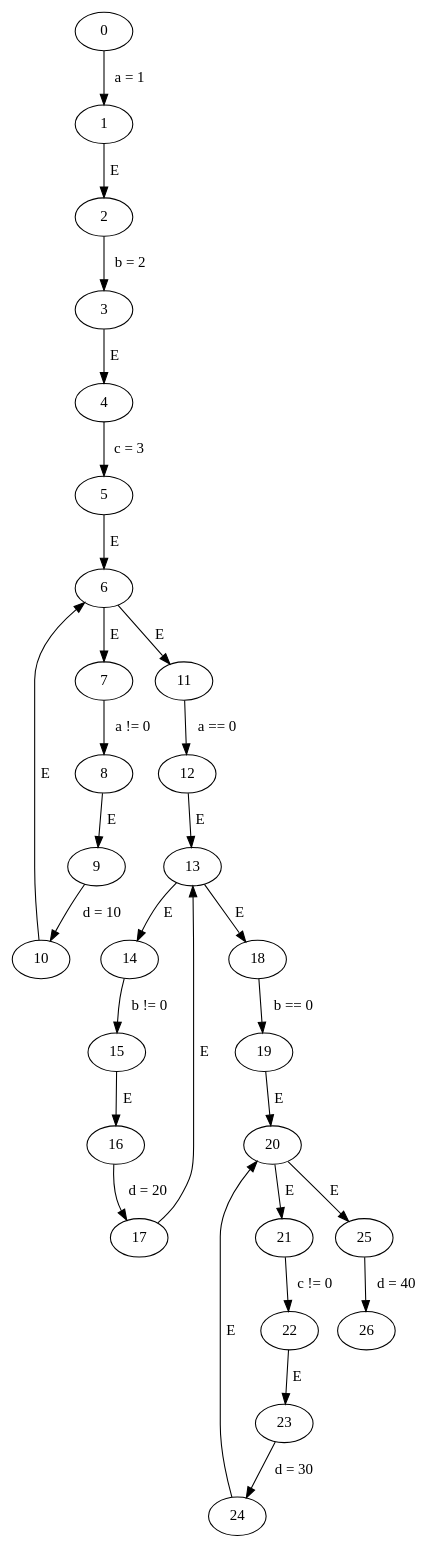
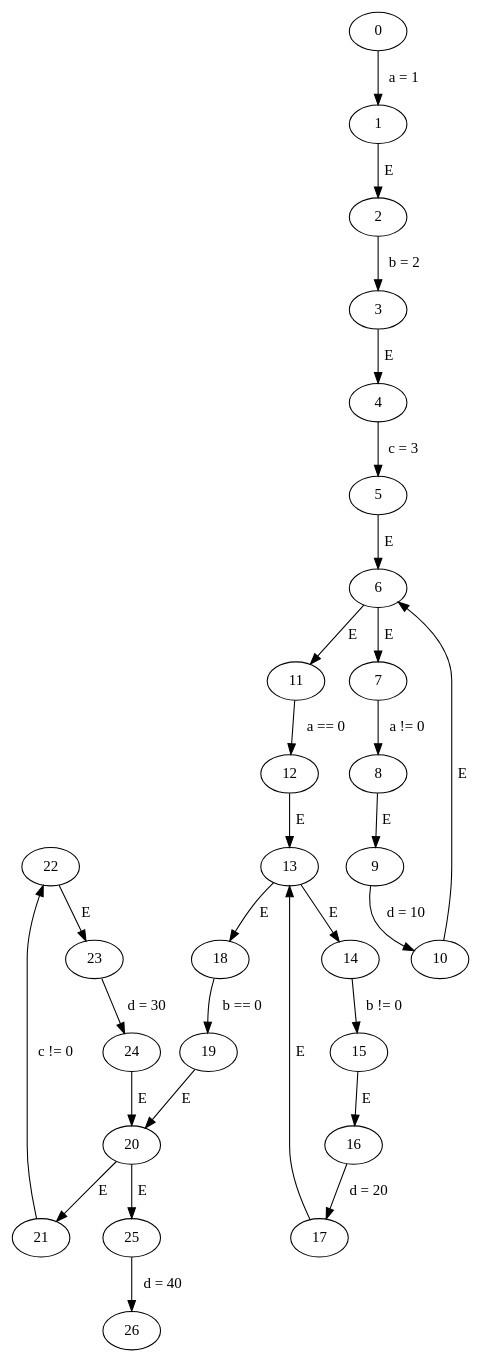
The diagram in code/cfgs/seqwhile/seqwhile.gv (Harman309/project6), drawn with Graphviz before and after one commit. The commit also changed other lines of this file and 35 other files, not shown here.

```diff
--- a/code/cfgs/seqwhile/seqwhile.gv
+++ b/code/cfgs/seqwhile/seqwhile.gv
@@ -1,32 +1,32 @@
 // seqwhile
 digraph {
-	20 -> 21 [label=" E "]
-	7 -> 8 [label=" a != 0 "]
-	3 -> 4 [label=" E "]
-	14 -> 15 [label=" b != 0 "]
-	1 -> 2 [label=" E "]
-	6 -> 7 [label=" E "]
-	23 -> 24 [label=" d = 30 "]
-	12 -> 13 [label=" E "]
-	13 -> 18 [label=" E "]
-	2 -> 3 [label=" b = 2 "]
 	22 -> 23 [label=" E "]
 	6 -> 11 [label=" E "]
+	2 -> 3 [label=" b = 2 "]
+	16 -> 17 [label=" d = 20 "]
+	13 -> 14 [label=" E "]
+	5 -> 6 [label=" E "]
+	17 -> 13 [label=" E "]
+	25 -> 26 [label=" d = 40 "]
+	12 -> 13 [label=" E "]
+	6 -> 7 [label=" E "]
+	20 -> 25 [label=" E "]
+	0 -> 1 [label=" a = 1 "]
+	11 -> 12 [label=" a == 0 "]
+	10 -> 6 [label=" E "]
+	21 -> 22 [label=" c != 0 "]
+	14 -> 15 [label=" b != 0 "]
+	3 -> 4 [label=" E "]
+	24 -> 20 [label=" E "]
+	7 -> 8 [label=" a != 0 "]
 	18 -> 19 [label=" b == 0 "]
-	5 -> 6 [label=" E "]
-	16 -> 17 [label=" d = 20 "]
+	23 -> 24 [label=" d = 30 "]
+	4 -> 5 [label=" c = 3 "]
+	13 -> 18 [label=" E "]
+	15 -> 16 [label=" E "]
+	9 -> 10 [label=" d = 10 "]
+	20 -> 21 [label=" E "]
+	1 -> 2 [label=" E "]
+	8 -> 9 [label=" E "]
 	19 -> 20 [label=" E "]
-	17 -> 13 [label=" E "]
-	0 -> 1 [label=" a = 1 "]
-	10 -> 6 [label=" E "]
-	25 -> 26 [label=" d = 40 "]
-	4 -> 5 [label=" c = 3 "]
-	9 -> 10 [label=" d = 10 "]
-	20 -> 25 [label=" E "]
-	11 -> 12 [label=" a == 0 "]
-	8 -> 9 [label=" E "]
-	21 -> 22 [label=" c != 0 "]
-	24 -> 20 [label=" E "]
-	13 -> 14 [label=" E "]
-	15 -> 16 [label=" E "]
 }
```
